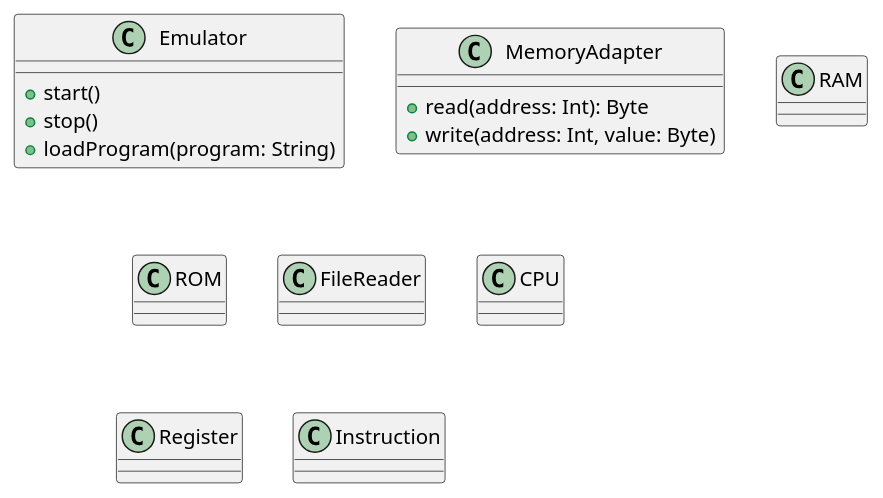
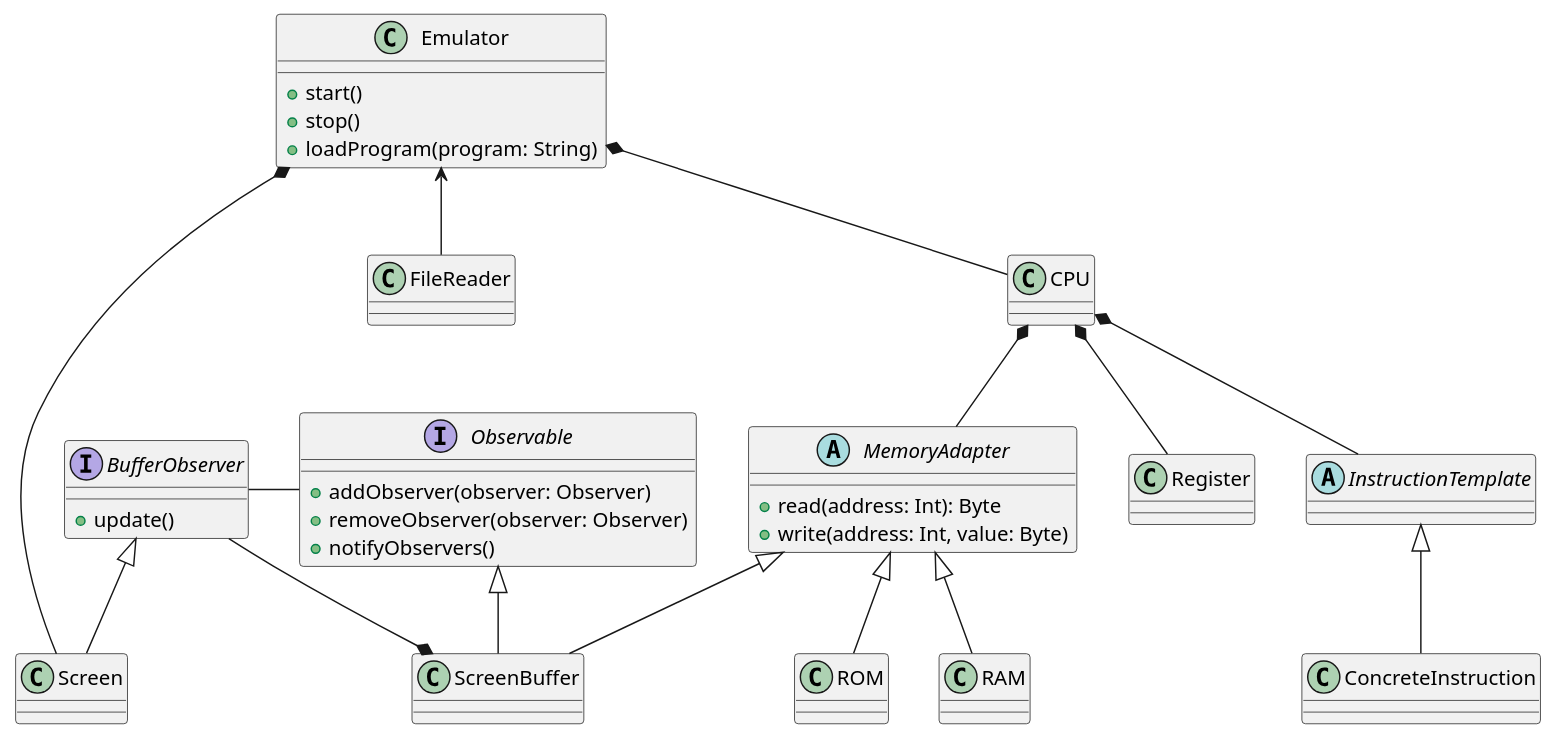
One commit to quality-liquid/cs5700-assn4-computer-emulator changed the diagram in doc/uml/emulator.plantuml. Above: the diagram before and after it, drawn with PlantUML.

Commit message:
updated uml

```diff
--- a/doc/uml/emulator.plantuml
+++ b/doc/uml/emulator.plantuml
@@ -1,19 +1,52 @@
 class Emulator {
   +start()
   +stop()
   +loadProgram(program: String)
 }
 
-class MemoryAdapter {
+class FileReader {}
+
+abstract class MemoryAdapter {
   +read(address: Int): Byte
   +write(address: Int, value: Byte)
 }
 
 class RAM {}
 class ROM {}
-class FileReader {}
 
 class CPU {}
 class Register {}
 
-class Instruction {}
+abstract class InstructionTemplate {}
+class ConcreteInstruction
+
+interface Observable {
+  +addObserver(observer: Observer)
+  +removeObserver(observer: Observer)
+  +notifyObservers()
+}
+
+interface BufferObserver {
+  +update()
+}
+
+class Screen {}
+class ScreenBuffer {}
+
+Observable <|-- ScreenBuffer
+ScreenBuffer *-- BufferObserver
+BufferObserver <|-- Screen
+Emulator *-- Screen
+Observable -l- BufferObserver
+
+Emulator <-- FileReader
+Emulator *-- CPU
+CPU *-- Register
+CPU *-- MemoryAdapter
+CPU *-- InstructionTemplate
+
+InstructionTemplate <|-- ConcreteInstruction
+
+MemoryAdapter <|-- RAM
+MemoryAdapter <|-- ROM
+MemoryAdapter <|-- ScreenBuffer
```
